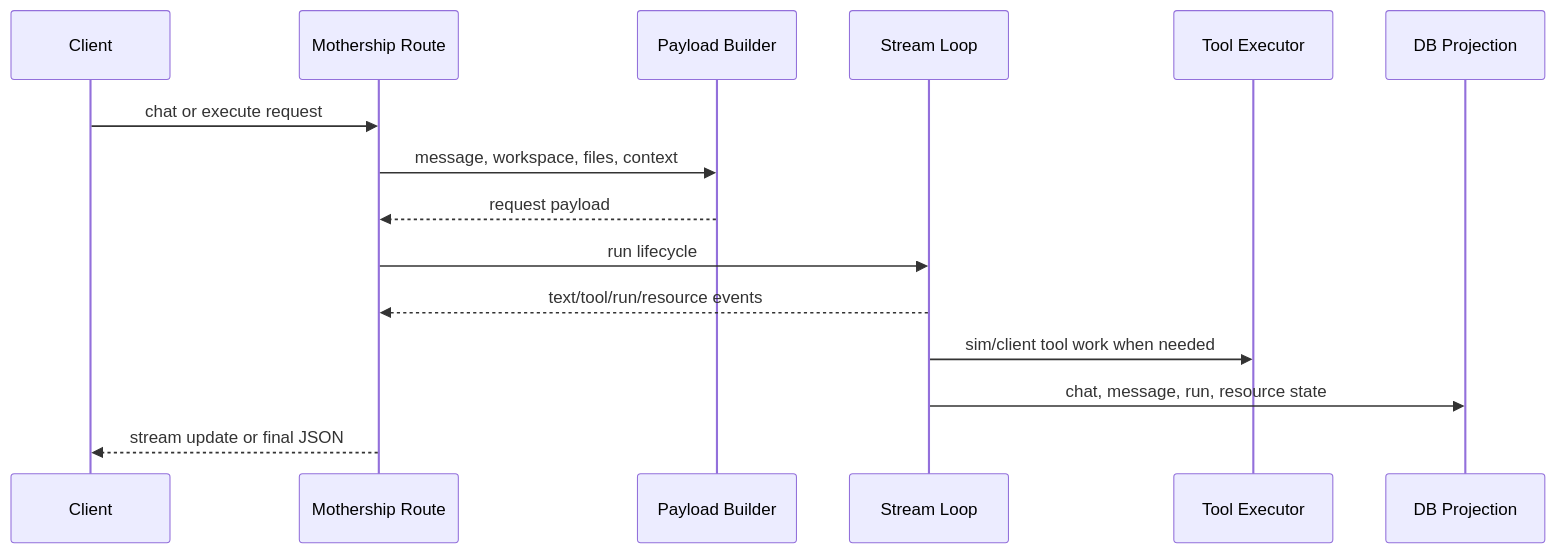
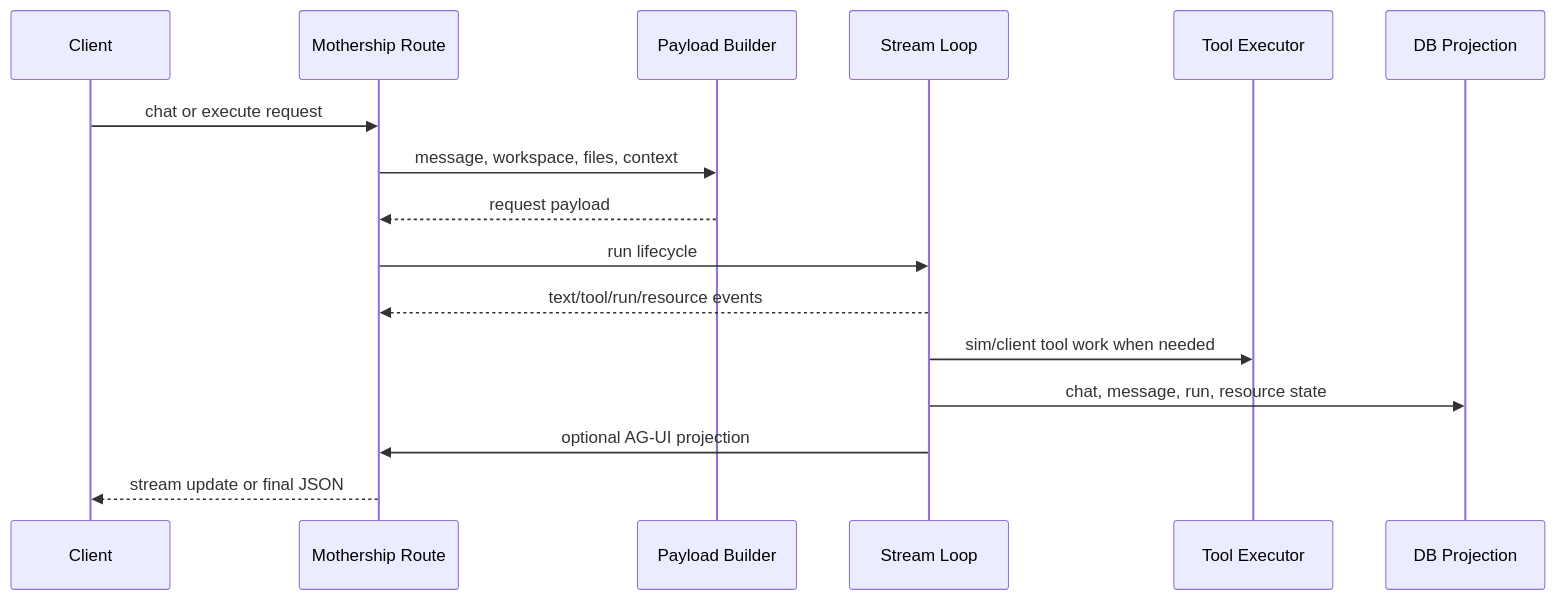
The second of 3 diagrams in site/docs/mothership-contract/index.md (nfbs2000/speaky-sim), drawn with Mermaid before and after one commit. The commit also changed other lines of this file and 6 other files, not shown here.

````diff
--- a/site/docs/mothership-contract/index.md
+++ b/site/docs/mothership-contract/index.md
@@ -39,18 +44,19 @@
 ```mermaid
 sequenceDiagram
   participant Client
   participant Route as Mothership Route
   participant Payload as Payload Builder
   participant Stream as Stream Loop
   participant Tool as Tool Executor
   participant DB as DB Projection
 
   Client->>Route: chat or execute request
   Route->>Payload: message, workspace, files, context
   Payload-->>Route: request payload
   Route->>Stream: run lifecycle
   Stream-->>Route: text/tool/run/resource events
   Stream->>Tool: sim/client tool work when needed
   Stream->>DB: chat, message, run, resource state
+  Stream->>Route: optional AG-UI projection
   Route-->>Client: stream update or final JSON
 ```
````
